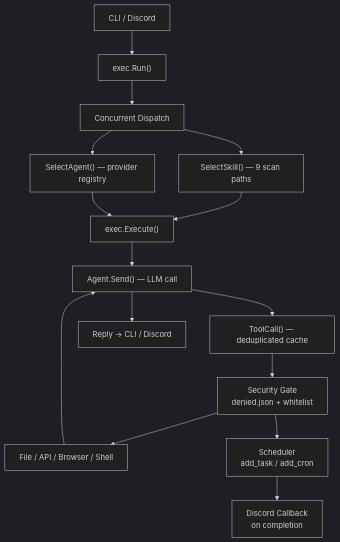
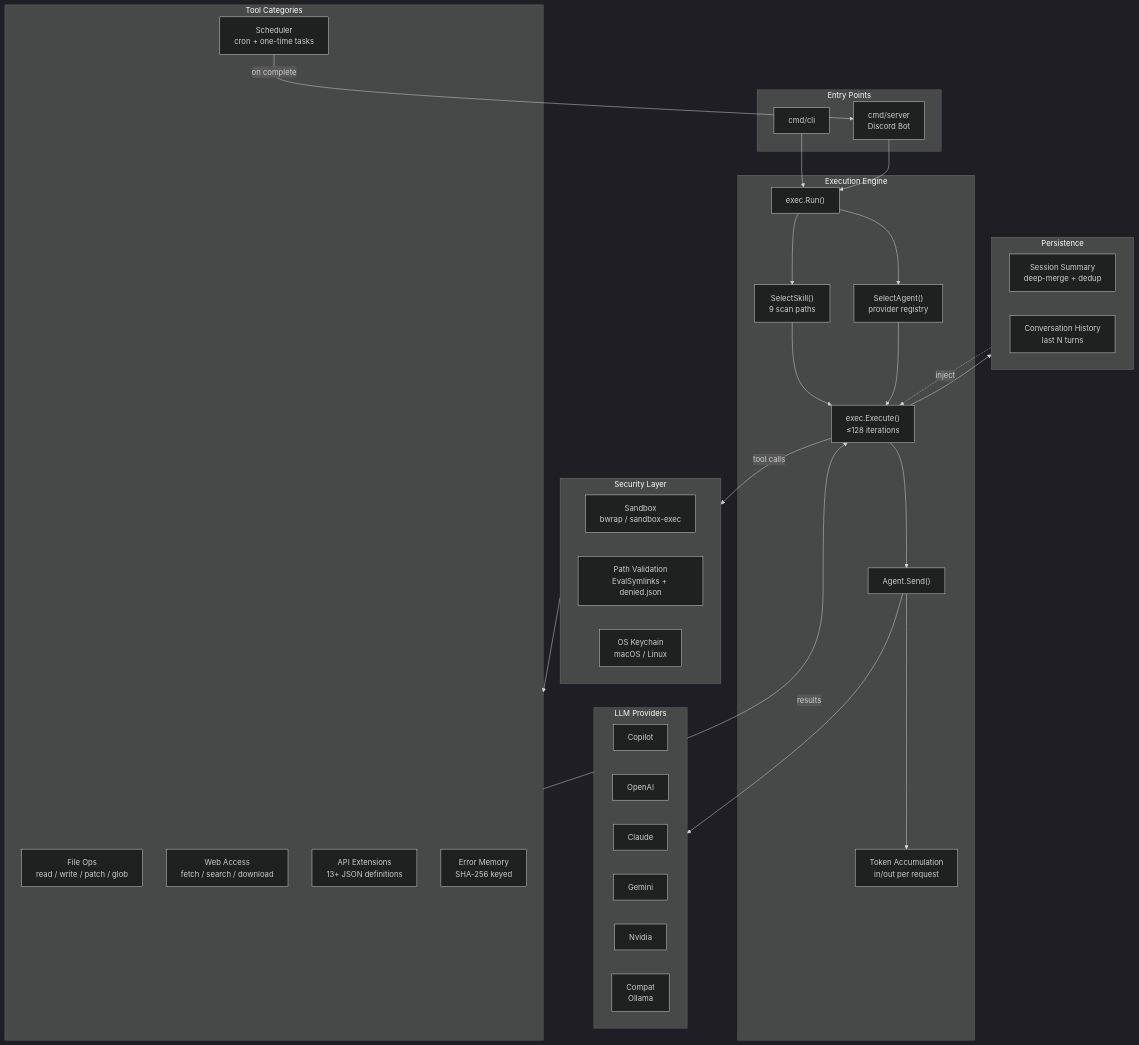
The diagram in README.md (pardnchiu/Agenvoy), drawn with Mermaid (dark theme) before and after one commit. The commit also changed other lines of this file and 4 other files, not shown here.

Commit message:
release: v0.14.0 Add OS-native sandbox isolation with automatic bubblewrap installation on Linux

````diff
--- a/README.md
+++ b/README.md
@@ -61,17 +69,60 @@
 ```mermaid
 graph TB
-    Input["CLI / Discord"] --> Run["exec.Run()"]
-    Run --> Concurrent["Concurrent Dispatch"]
-    Concurrent --> SkillSelect["SelectSkill() — 9 scan paths"]
-    Concurrent --> AgentSelect["SelectAgent() — provider registry"]
-    SkillSelect --> Execute["exec.Execute()"]
+    subgraph Entry ["Entry Points"]
+        CLI["cmd/cli"]
+        Discord["cmd/server\nDiscord Bot"]
+    end
+
+    subgraph Core ["Execution Engine"]
+        Run["exec.Run()"]
+        SkillSelect["SelectSkill()\n9 scan paths"]
+        AgentSelect["SelectAgent()\nprovider registry"]
+        Execute["exec.Execute()\n≤128 iterations"]
+        Send["Agent.Send()"]
+        Usage["Token Accumulation\nin/out per request"]
+    end
+
+    subgraph Providers ["LLM Providers"]
+        Copilot["Copilot"]
+        OpenAI["OpenAI"]
+        Claude["Claude"]
+        Gemini["Gemini"]
+        Nvidia["Nvidia"]
+        Compat["Compat\nOllama"]
+    end
+
+    subgraph Security ["Security Layer"]
+        Sandbox["Sandbox\nbwrap / sandbox-exec"]
+        PathGuard["Path Validation\nEvalSymlinks + denied.json"]
+        Keychain["OS Keychain\nmacOS / Linux"]
+    end
+
+    subgraph Tools ["Tool Categories"]
+        FileOps["File Ops\nread / write / patch / glob"]
+        WebAccess["Web Access\nfetch / search / download"]
+        APIExt["API Extensions\n13+ JSON definitions"]
+        Scheduler["Scheduler\ncron + one-time tasks"]
+        ErrorMem["Error Memory\nSHA-256 keyed"]
+    end
+
+    subgraph Persistence ["Persistence"]
+        Session["Session Summary\ndeep-merge + dedup"]
+        History["Conversation History\nlast N turns"]
+    end
+
+    CLI --> Run
+    Discord --> Run
+    Run --> SkillSelect
+    Run --> AgentSelect
+    SkillSelect --> Execute
     AgentSelect --> Execute
-    Execute --> Send["Agent.Send() — LLM call"]
-    Send --> ToolCall["ToolCall() — deduplicated cache"]
-    ToolCall --> Security["Security Gate\ndenied.json + whitelist"]
-    Security --> Tools["File / API / Browser / Shell"]
-    Security --> Scheduler["Scheduler\nadd_task / add_cron"]
-    Tools --> Send
-    Scheduler --> Callback["Discord Callback\non completion"]
-    Send --> Output["Reply → CLI / Discord"]
+    Execute --> Send
+    Send --> Providers
+    Send --> Usage
+    Execute -->|"tool calls"| Security
+    Security --> Tools
+    Tools -->|"results"| Execute
+    Scheduler -->|"on complete"| Discord
+    Execute --> Persistence
+    Persistence -.->|"inject"| Execute
 ```
````
